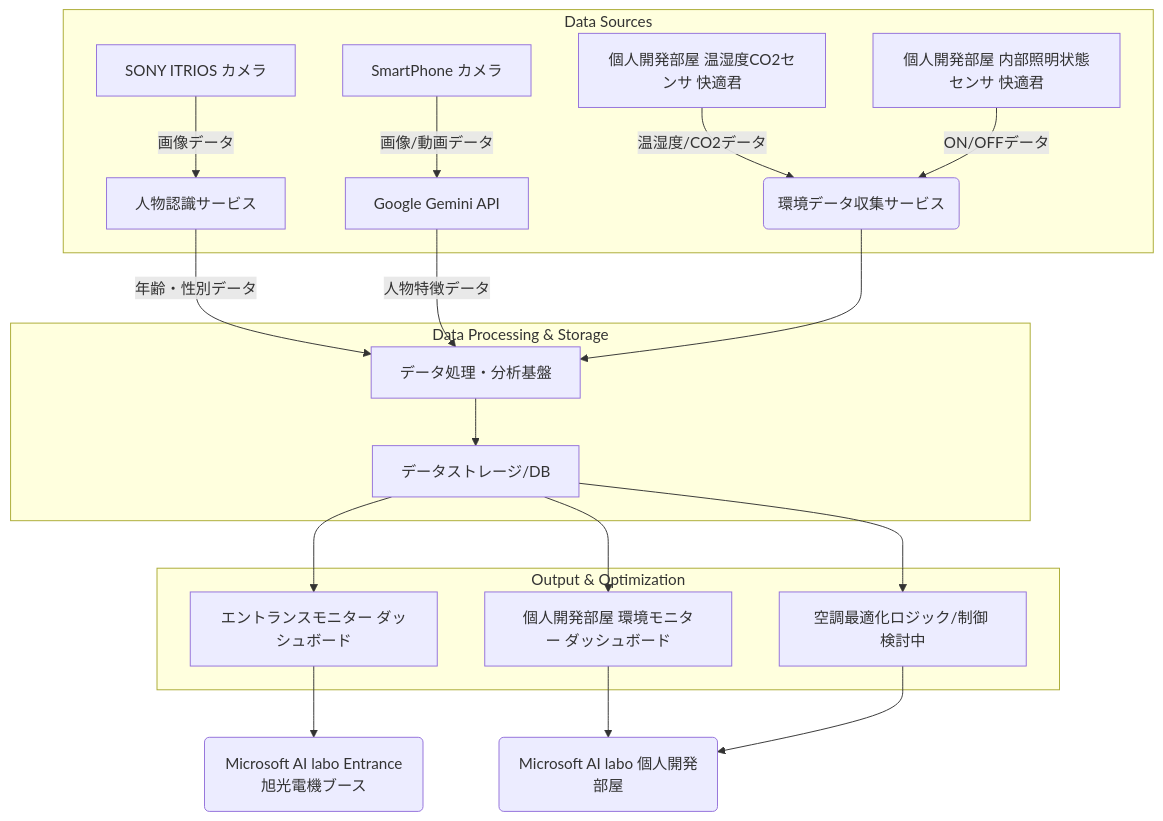
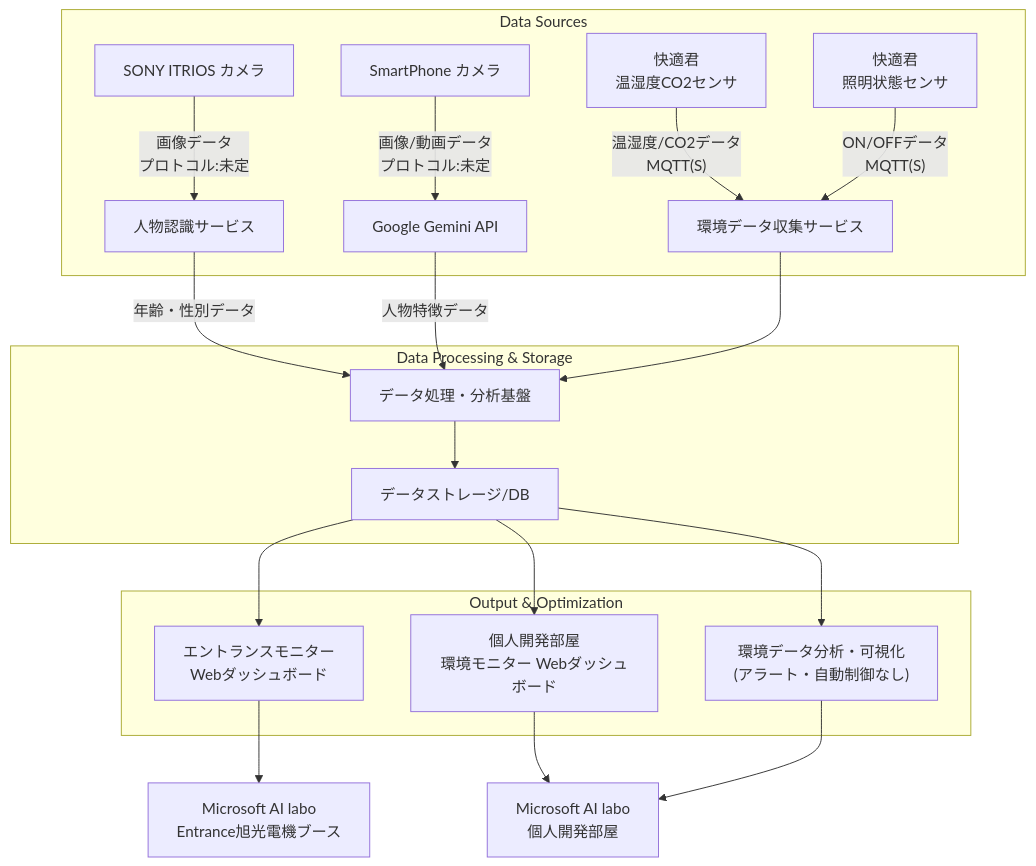
The diagram in 開発仕様書.md (NakamuraKotaro918/microsoft-ai-labo-smart-space), drawn with Mermaid before and after one commit. The commit also changed other lines of this file, not shown here.

````diff
--- a/開発仕様書.md
+++ b/開発仕様書.md
@@ -57,26 +81,26 @@
 ```mermaid
 graph TD
-    subgraph "Data Sources"
-        A[SONY ITRIOS カメラ] -->|画像データ| B[人物認識サービス]
-        A1[SmartPhone カメラ] -->|画像/動画データ| B1[Google Gemini API]
-        C[個人開発部屋 温湿度CO2センサ 快適君] -->|温湿度/CO2データ| D(環境データ収集サービス)
-        E[個人開発部屋 内部照明状態センサ 快適君] -->|ON/OFFデータ| D
+    subgraph DS[Data Sources]
+        A["SONY ITRIOS カメラ"] -->|"画像データ<br/>プロトコル:未定"| B["人物認識サービス"]
+        A1["SmartPhone カメラ"] -->|"画像/動画データ<br/>プロトコル:未定"| B1["Google Gemini API"]
+        C["快適君<br/>温湿度CO2センサ"] -->|"温湿度/CO2データ<br/>MQTT(S)"| D["環境データ収集サービス"]
+        E["快適君<br/>照明状態センサ"] -->|"ON/OFFデータ<br/>MQTT(S)"| D
     end
 
-    subgraph "Data Processing & Storage"
-        B -->|年齢・性別データ| F[データ処理・分析基盤]
-        B1 -->|人物特徴データ| F
+    subgraph DP[Data Processing & Storage]
+        B -->|"年齢・性別データ"| F["データ処理・分析基盤"]
+        B1 -->|"人物特徴データ"| F
         D --> F
-        F --> G[データストレージ/DB]
+        F --> G["データストレージ/DB"]
     end
 
-    subgraph "Output & Optimization"
-        G --> H[エントランスモニター ダッシュボード]
-        G --> I[個人開発部屋 環境モニター ダッシュボード]
-        G --> J[空調最適化ロジック/制御 検討中]
+    subgraph OUT[Output & Optimization]
+        G --> H["エントランスモニター<br/>Webダッシュボード"]
+        G --> I["個人開発部屋<br/>環境モニター Webダッシュボード"]
+        G --> J["環境データ分析・可視化<br/>(アラート・自動制御なし)"]
     end
 
-    H --> K(Microsoft AI labo Entrance旭光電機ブース)
-    I --> L(Microsoft AI labo 個人開発部屋)
+    H --> K["Microsoft AI labo<br/>Entrance旭光電機ブース"]
+    I --> L["Microsoft AI labo<br/>個人開発部屋"]
     J --> L
 ```
````
